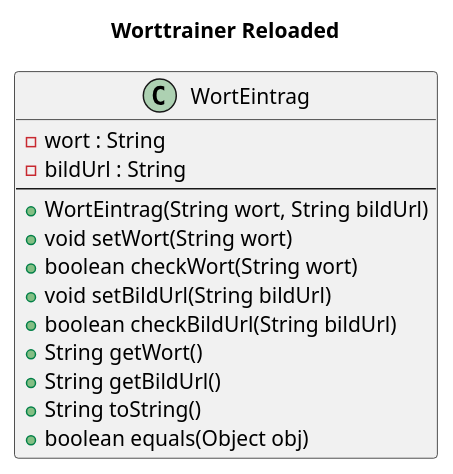
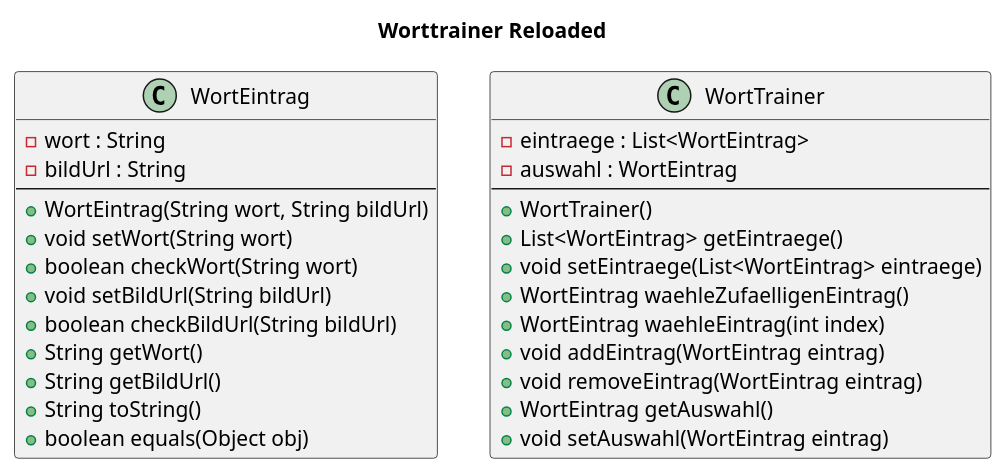
One commit to TGM-HIT/sew9-2425-worttrainer-fpolichetti changed the diagram in UML/worttrainer_PUML.puml. Above: the diagram before and after it, drawn with PlantUML.

Commit message:
[FEATURE 2] [ENTWURF] WortTrainer UML

```diff
--- a/UML/worttrainer_PUML.puml
+++ b/UML/worttrainer_PUML.puml
@@ -1,19 +1,34 @@
 @startuml
 title: Worttrainer Reloaded
 
 class WortEintrag {
   -wort : String
   -bildUrl : String
   --
   +WortEintrag(String wort, String bildUrl)
   +void setWort(String wort)
   +boolean checkWort(String wort)
   +void setBildUrl(String bildUrl)
   +boolean checkBildUrl(String bildUrl)
   +String getWort()
   +String getBildUrl()
   +String toString()
   +boolean equals(Object obj)
 }
 
+class WortTrainer {
+  -eintraege : List<WortEintrag>
+  -auswahl : WortEintrag
+  --
+  +WortTrainer()
+  +List<WortEintrag> getEintraege()
+  +void setEintraege(List<WortEintrag> eintraege)
+  +WortEintrag waehleZufaelligenEintrag()
+  +WortEintrag waehleEintrag(int index)
+  +void addEintrag(WortEintrag eintrag)
+  +void removeEintrag(WortEintrag eintrag)
+  +WortEintrag getAuswahl()
+  +void setAuswahl(WortEintrag eintrag)
+}
+
 @enduml
```
